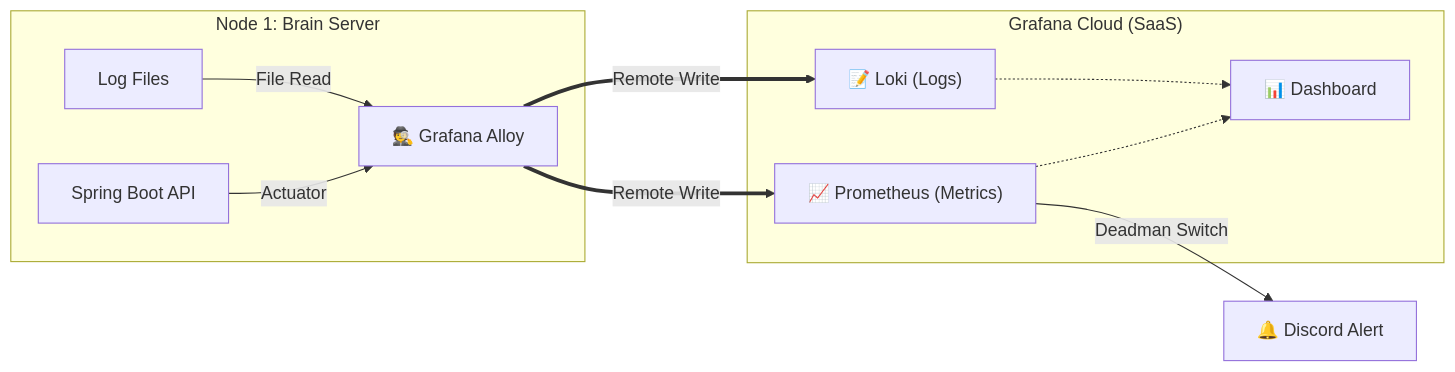
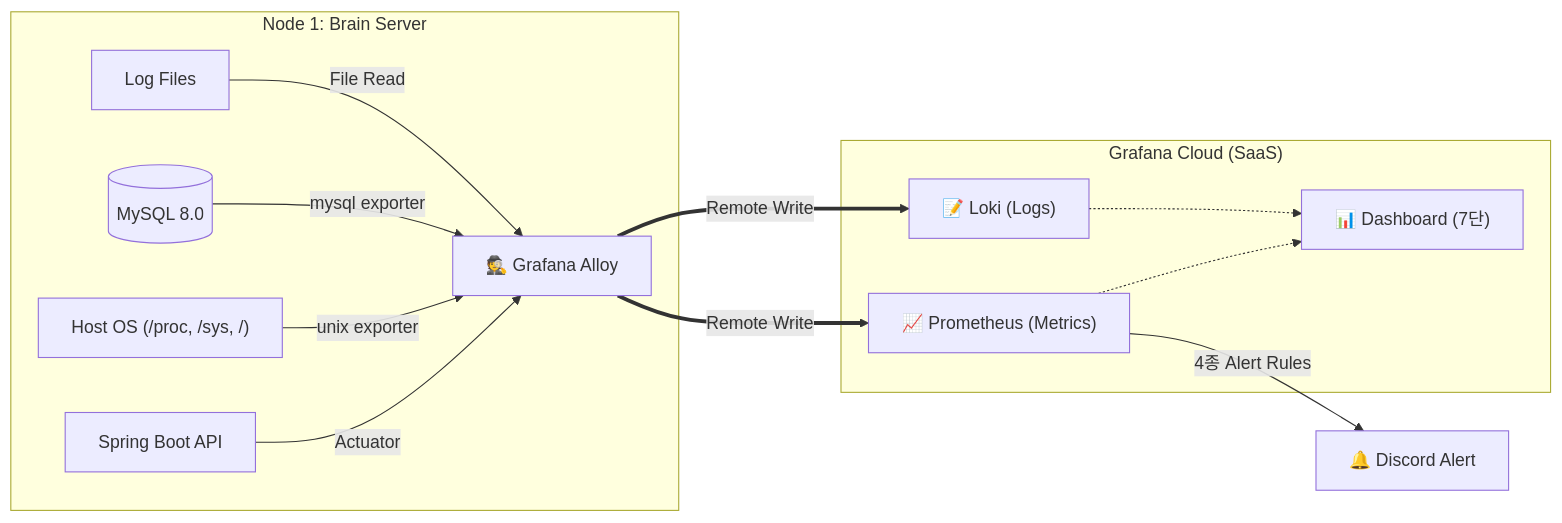
Before and after one commit to ygpark11/backend-lab: the diagram in msa/apps/docs/OBSERVABILITY.md, drawn with Mermaid. The commit also changed other lines of this file and 2 other files, not shown here.

````diff
--- a/msa/apps/docs/OBSERVABILITY.md
+++ b/msa/apps/docs/OBSERVABILITY.md
@@ -14,26 +14,30 @@
 ```mermaid
 graph LR
     subgraph "Node 1: Brain Server"
         App["Spring Boot API"]
+        Host["Host OS (/proc, /sys, /)"]
+        DB[("MySQL 8.0")]
         Logs["Log Files"]
         Alloy["🕵️ Grafana Alloy"]
     end
 
     subgraph "Grafana Cloud (SaaS)"
         Mimir["📈 Prometheus (Metrics)"]
         Loki["📝 Loki (Logs)"]
-        Dash["📊 Dashboard"]
+        Dash["📊 Dashboard (7단)"]
     end
 
     Discord["🔔 Discord Alert"]
 
     App -->|Actuator| Alloy
+    Host -->|unix exporter| Alloy
+    DB -->|mysql exporter| Alloy
     Logs -->|File Read| Alloy
     
     Alloy ==>|Remote Write| Mimir
     Alloy ==>|Remote Write| Loki
     
     Mimir -.-> Dash
     Loki -.-> Dash
-    Mimir --"Deadman Switch"--> Discord
+    Mimir --"4종 Alert Rules"--> Discord
 ```
````
